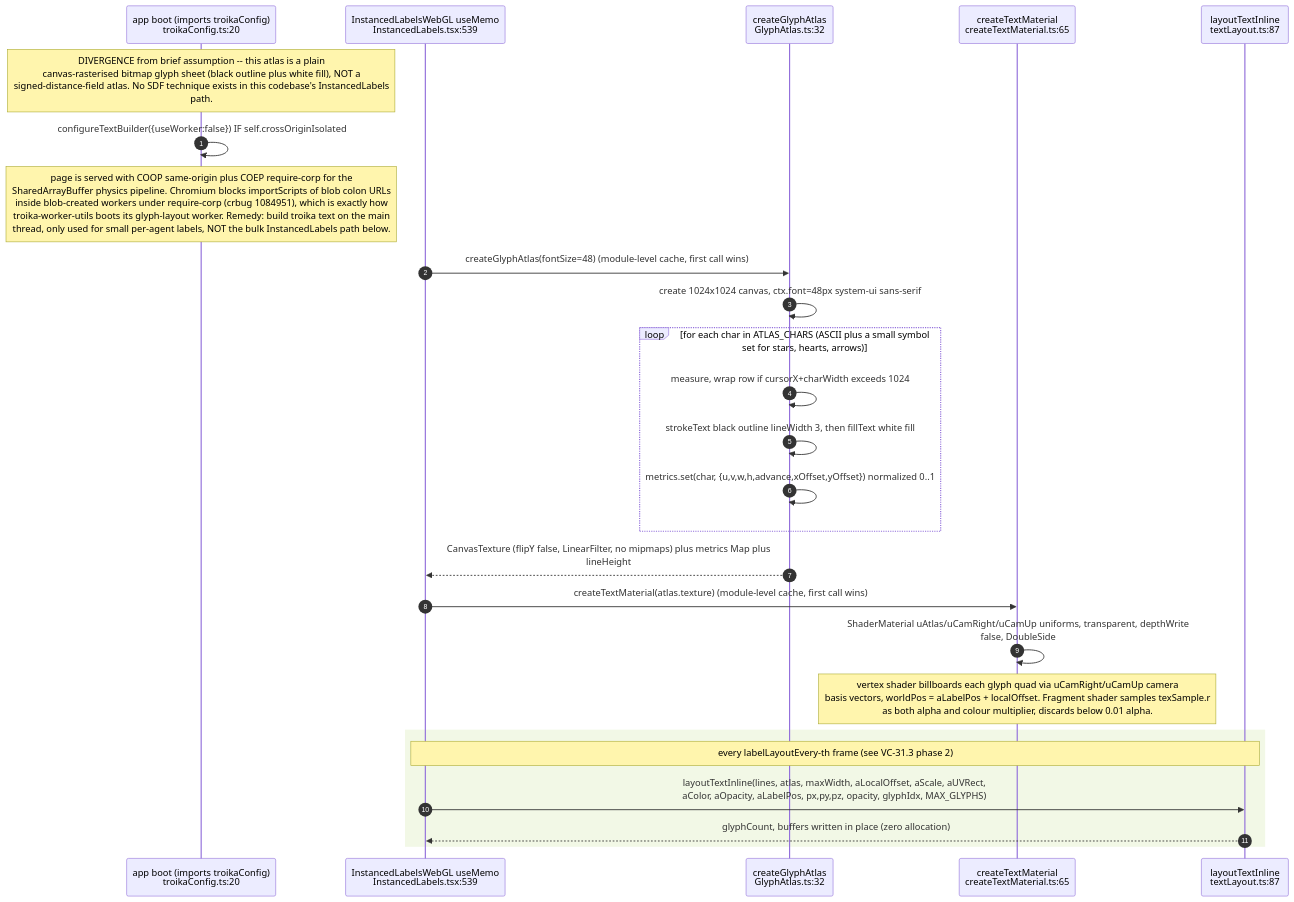
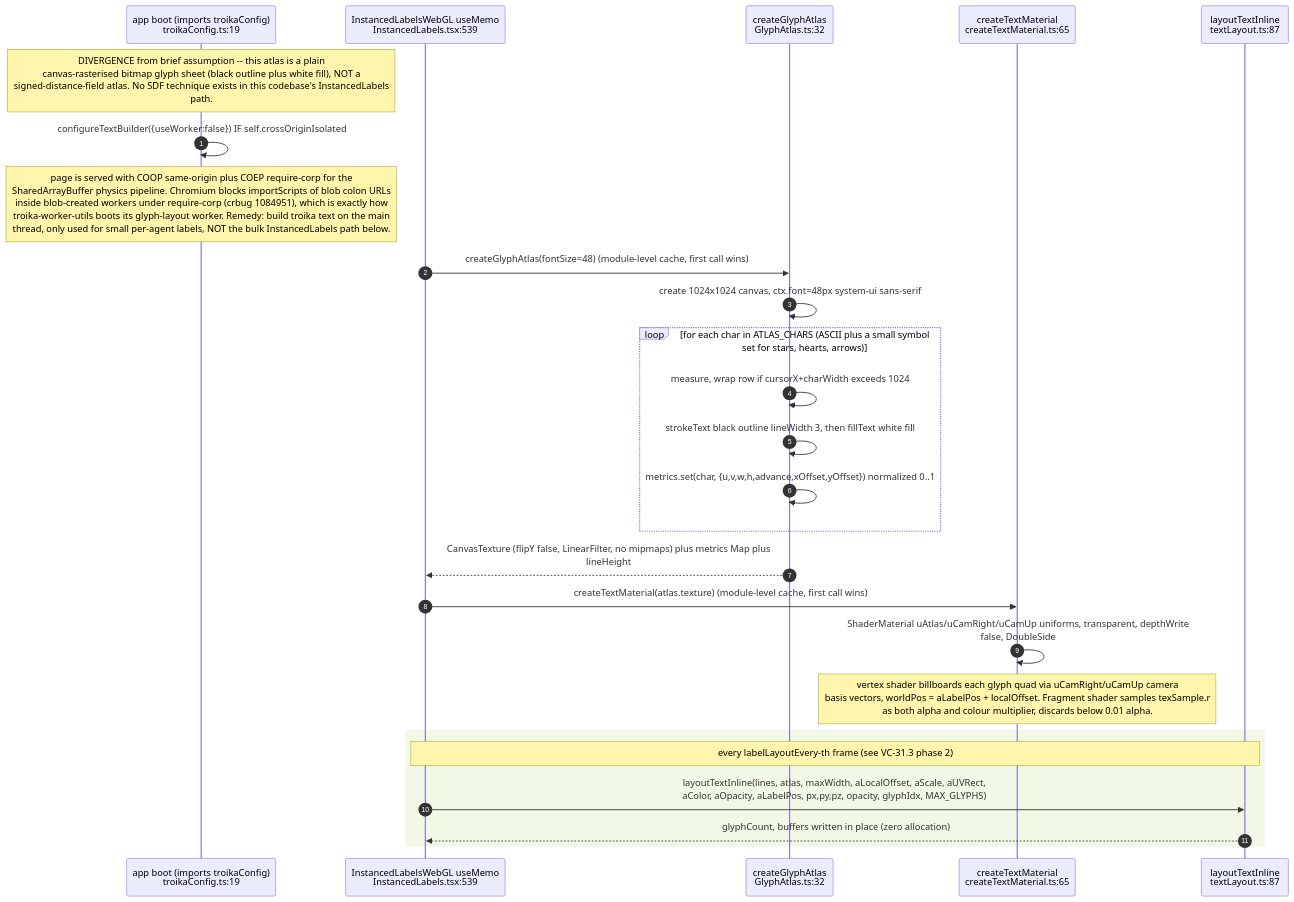
One commit to DreamLab-AI/VisionFlow changed the seventh of 11 diagrams in docs/diagrams/visionclaw/31-client-graph-render-pipeline.md. Above: the diagram before and after it, drawn with Mermaid. The commit also changed other lines of this file and 136 other files, not shown here.

First line of the commit message:
docs(diagrams): refresh the whole corpus to code HEAD and prune low-value diagrams

````diff
--- a/docs/diagrams/visionclaw/31-client-graph-render-pipeline.md
+++ b/docs/diagrams/visionclaw/31-client-graph-render-pipeline.md
@@ -452,31 +452,31 @@
 ```mermaid
 sequenceDiagram
     autonumber
-    participant BOOT as app boot (imports troikaConfig)<br/>troikaConfig.ts:20
+    participant BOOT as app boot (imports troikaConfig)<br/>troikaConfig.ts:19
     participant IL as InstancedLabelsWebGL useMemo<br/>InstancedLabels.tsx:539
     participant ATLAS as createGlyphAtlas<br/>GlyphAtlas.ts:32
     participant MAT as createTextMaterial<br/>createTextMaterial.ts:65
     participant LAY as layoutTextInline<br/>textLayout.ts:87
 
     Note over BOOT: DIVERGENCE from brief assumption -- this atlas is a plain<br/>canvas-rasterised bitmap glyph sheet (black outline plus white fill), NOT a<br/>signed-distance-field atlas. No SDF technique exists in this codebase's InstancedLabels<br/>path.
     BOOT->>BOOT: configureTextBuilder({useWorker:false}) IF self.crossOriginIsolated
     Note over BOOT: page is served with COOP same-origin plus COEP require-corp for the<br/>SharedArrayBuffer physics pipeline. Chromium blocks importScripts of blob colon URLs<br/>inside blob-created workers under require-corp (crbug 1084951), which is exactly how<br/>troika-worker-utils boots its glyph-layout worker. Remedy: build troika text on the main<br/>thread, only used for small per-agent labels, NOT the bulk InstancedLabels path below.
 
     IL->>ATLAS: createGlyphAtlas(fontSize=48) (module-level cache, first call wins)
     ATLAS->>ATLAS: create 1024x1024 canvas, ctx.font=48px system-ui sans-serif
     loop for each char in ATLAS_CHARS (ASCII plus a small symbol set for stars, hearts, arrows)
         ATLAS->>ATLAS: measure, wrap row if cursorX+charWidth exceeds 1024
         ATLAS->>ATLAS: strokeText black outline lineWidth 3, then fillText white fill
         ATLAS->>ATLAS: metrics.set(char, {u,v,w,h,advance,xOffset,yOffset}) normalized 0..1
     end
     ATLAS-->>IL: CanvasTexture (flipY false, LinearFilter, no mipmaps) plus metrics Map plus<br/>lineHeight
     IL->>MAT: createTextMaterial(atlas.texture) (module-level cache, first call wins)
     MAT->>MAT: ShaderMaterial uAtlas/uCamRight/uCamUp uniforms, transparent, depthWrite<br/>false, DoubleSide
     Note over MAT: vertex shader billboards each glyph quad via uCamRight/uCamUp camera<br/>basis vectors, worldPos = aLabelPos + localOffset. Fragment shader samples texSample.r<br/>as both alpha and colour multiplier, discards below 0.01 alpha.
 
     rect rgb(242,248,230)
     Note over IL,LAY: every labelLayoutEvery-th frame (see VC-31.3 phase 2)
     IL->>LAY: layoutTextInline(lines, atlas, maxWidth, aLocalOffset, aScale, aUVRect,<br/>aColor, aOpacity, aLabelPos, px,py,pz, opacity, glyphIdx, MAX_GLYPHS)
     LAY-->>IL: glyphCount, buffers written in place (zero allocation)
     end
 ```
````
